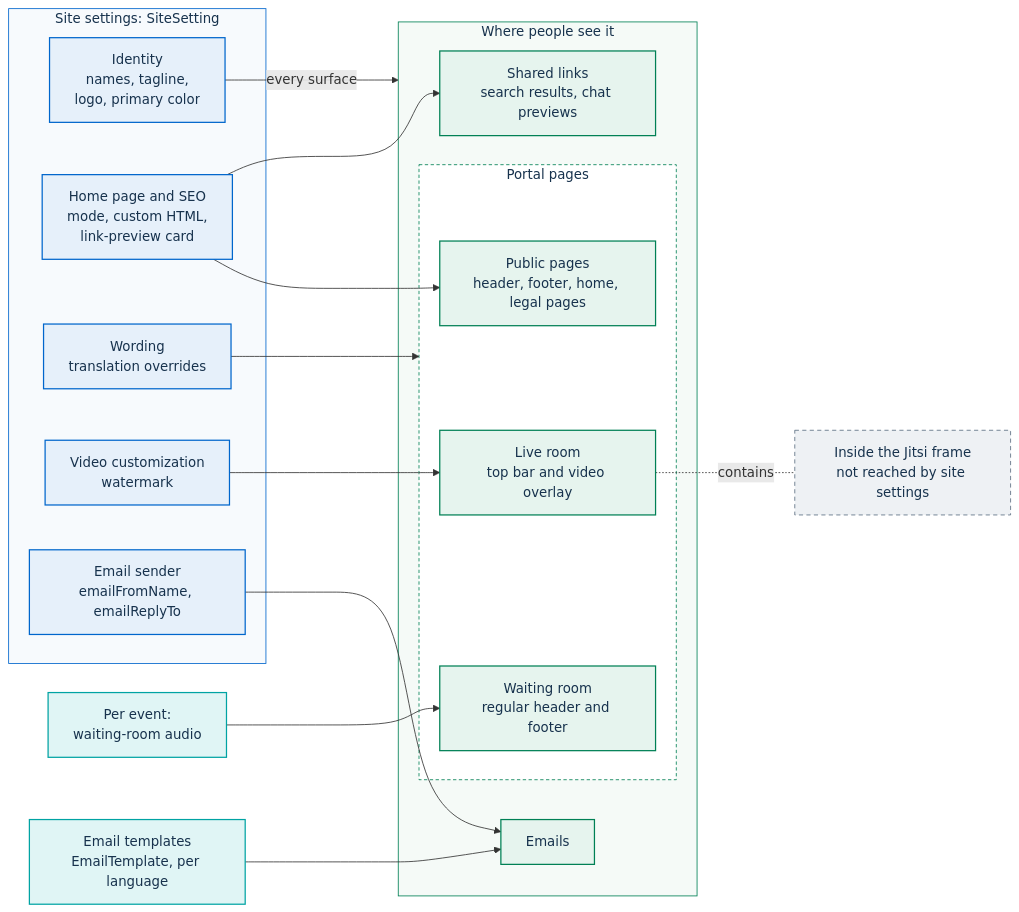
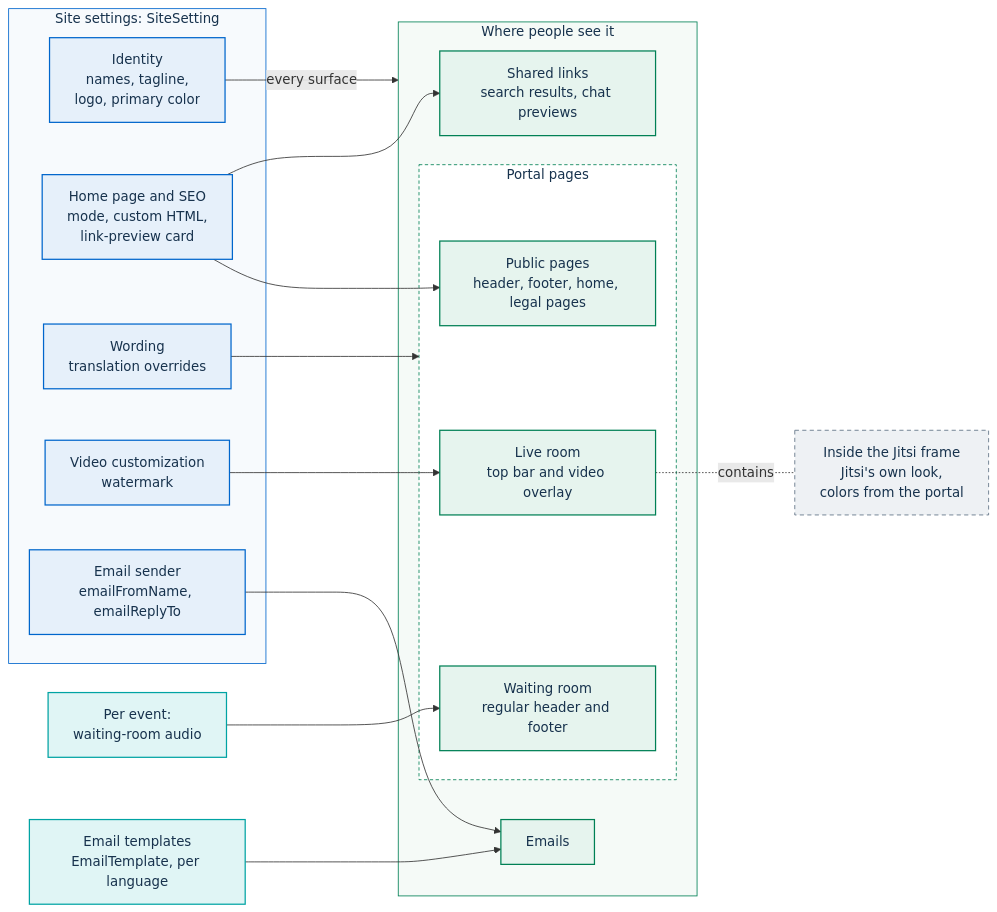
The diagram in docs/configuration/branding.md (italia/pa-webinar), drawn with Mermaid before and after one commit. The commit also changed other lines of this file and 23 other files, not shown here.

````diff
--- a/docs/configuration/branding.md
+++ b/docs/configuration/branding.md
@@ -19,45 +19,45 @@
 ```mermaid
 flowchart LR
   subgraph SET["Site settings: SiteSetting"]
     ID["Identity<br/>names, tagline,<br/>logo, primary color"]
     HOME["Home page and SEO<br/>mode, custom HTML,<br/>link-preview card"]
     WORD["Wording<br/>translation overrides"]
     WM["Video customization<br/>watermark"]
     SND["Email sender<br/>emailFromName, emailReplyTo"]
   end
   AUD["Per event:<br/>waiting-room audio"]
   TPL["Email templates<br/>EmailTemplate, per language"]
 
   subgraph SURF["Where people see it"]
     LINK["Shared links<br/>search results, chat previews"]
     subgraph UI["Portal pages"]
       PUB["Public pages<br/>header, footer, home, legal pages"]
       WR["Waiting room<br/>regular header and footer"]
       LIVE["Live room<br/>top bar and video overlay"]
     end
     MAIL["Emails"]
   end
-  JF["Inside the Jitsi frame<br/>not reached by site settings"]
+  JF["Inside the Jitsi frame<br/>Jitsi's own look,<br/>colors from the portal"]
 
   ID -->|"every surface"| SURF
   HOME --> LINK
   HOME --> PUB
   WORD --> UI
   AUD --> WR
   WM --> LIVE
   SND --> MAIL
   TPL --> MAIL
   LIVE -.-|"contains"| JF
 
   classDef setting fill:#E6F0FA,stroke:#0066CC,color:#17324D,stroke-width:1.5px
   classDef other fill:#E0F5F5,stroke:#00A3A3,color:#17324D,stroke-width:1.5px
   classDef surface fill:#E6F4EE,stroke:#008055,color:#17324D,stroke-width:1.5px
   classDef limit fill:#EEF1F4,stroke:#5C6F82,color:#17324D,stroke-dasharray:5 4
   class ID,HOME,WORD,WM,SND setting
   class AUD,TPL other
   class PUB,WR,LIVE,MAIL,LINK surface
   class JF limit
   style SET fill:#F7FAFD,stroke:#0066CC,color:#17324D
   style SURF fill:#F5FAF7,stroke:#008055,color:#17324D
   style UI fill:#FFFFFF,stroke:#008055,color:#17324D,stroke-dasharray:4 3
 ```
````
